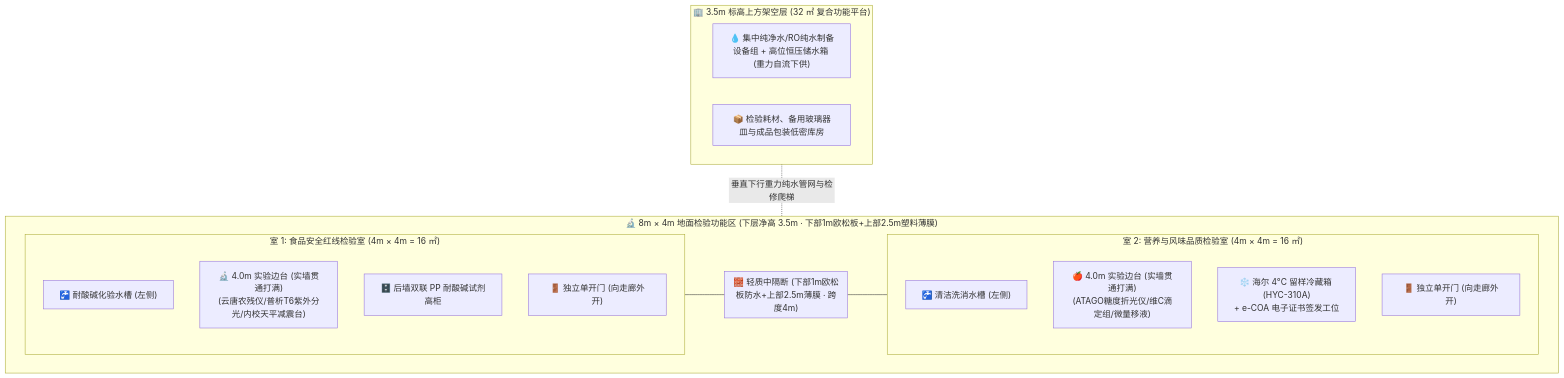
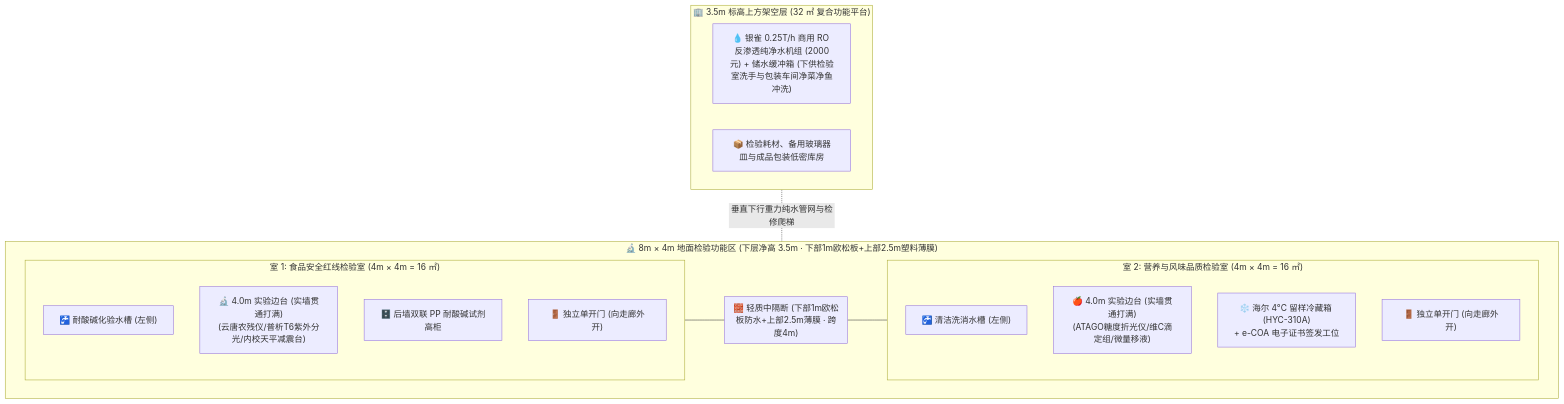
Before and after one commit to digitalboy/aquaponics: the first of 2 diagrams in docs/04_subsystems/07_quality_assurance_lab/02_驻厂检验室建设预算规划与投资测算表(设备与装修).md, drawn with Mermaid. The commit also changed other lines of this file, not shown here.

````diff
--- a/docs/04_subsystems/07_quality_assurance_lab/02_驻厂检验室建设预算规划与投资测算表(设备与装修).md
+++ b/docs/04_subsystems/07_quality_assurance_lab/02_驻厂检验室建设预算规划与投资测算表(设备与装修).md
@@ -24,32 +24,32 @@
 ```mermaid
 flowchart TB
     subgraph Upper_Attic ["🏢 3.5m 标高上方架空层 (32 ㎡ 复合功能平台)"]
-        Water["💧 集中纯净水/RO纯水制备设备组 + 高位恒压储水箱 (重力自流下供)"]
+        Water["💧 银雀 0.25T/h 商用 RO 反渗透纯净水机组 (2000元) + 储水缓冲箱 (下供检验室洗手与包装车间净菜净鱼冲洗)"]
         Warehouse["📦 检验耗材、备用玻璃器皿与成品包装低密库房"]
     end
 
     subgraph Total_Lab ["🔬 8m × 4m 地面检验功能区 (下层净高 3.5m · 下部1m欧松板+上部2.5m塑料薄膜)"]
         direction LR
         
         subgraph Room1 ["室 1: 食品安全红线检验室 (4m × 4m = 16 ㎡)"]
             R1_Sink["🚰 耐酸碱化验水槽 (左侧)"]
             R1_Bench["🔬 4.0m 实验边台 (实墙贯通打满)<br>(云唐农残仪/普析T6紫外分光/内校天平减震台)"]
             R1_Cabinet["🗄️ 后墙双联 PP 耐酸碱试剂高柜"]
             R1_Door["🚪 独立单开门 (向走廊外开)"]
         end
 
         subgraph Wall ["🧱 轻质中隔断 (下部1m欧松板防水+上部2.5m薄膜 · 跨度4m)"]
         end
 
         subgraph Room2 ["室 2: 营养与风味品质检验室 (4m × 4m = 16 ㎡)"]
             R2_Sink["🚰 清洁洗消水槽 (左侧)"]
             R2_Bench["🍎 4.0m 实验边台 (实墙贯通打满)<br>(ATAGO糖度折光仪/维C滴定组/微量移液)"]
             R2_Sample["❄️ 海尔 4°C 留样冷藏箱 (HYC-310A)<br>+ e-COA 电子证书签发工位"]
             R2_Door["🚪 独立单开门 (向走廊外开)"]
         end
         
         Room1 --- Wall --- Room2
     end
 
     Upper_Attic -. 垂直下行重力纯水管网与检修爬梯 .- Total_Lab
 ```
````
